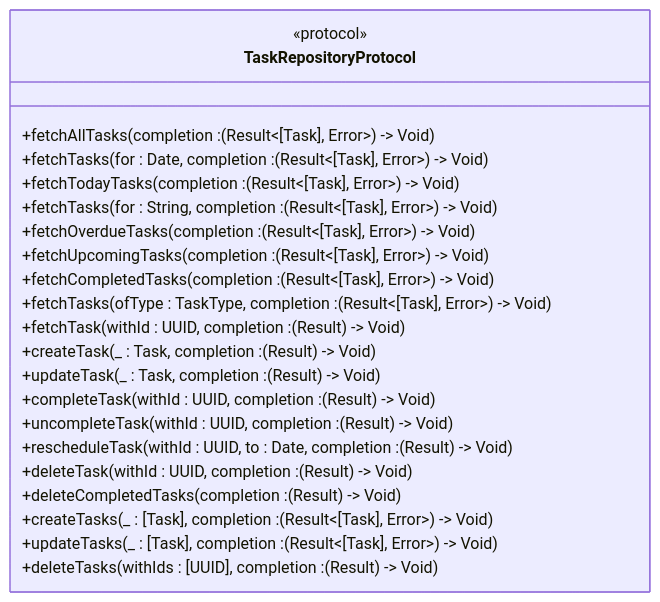
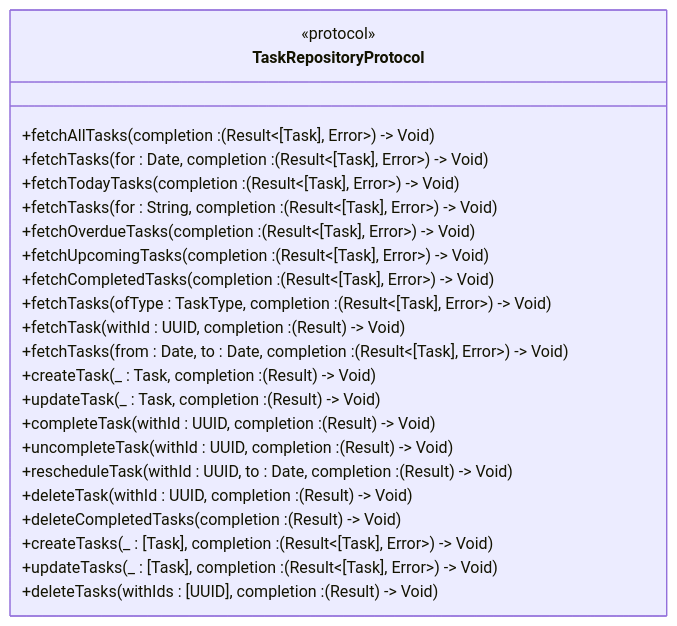
One commit to Saransh-Sharma/Tasker changed the second of 4 diagrams in .qoder/repowiki/en/content/Domain Layer.md. Above: the diagram before and after it, drawn with Mermaid. The commit also changed other lines of this file and 18 other files, not shown here.

````diff
--- a/.qoder/repowiki/en/content/Domain Layer.md
+++ b/.qoder/repowiki/en/content/Domain Layer.md
@@ -59,25 +77,26 @@
 ```mermaid
 classDiagram
 class TaskRepositoryProtocol {
 <<protocol>>
 +fetchAllTasks(completion : (Result<[Task], Error>) -> Void)
 +fetchTasks(for : Date, completion : (Result<[Task], Error>) -> Void)
 +fetchTodayTasks(completion : (Result<[Task], Error>) -> Void)
 +fetchTasks(for : String, completion : (Result<[Task], Error>) -> Void)
 +fetchOverdueTasks(completion : (Result<[Task], Error>) -> Void)
 +fetchUpcomingTasks(completion : (Result<[Task], Error>) -> Void)
 +fetchCompletedTasks(completion : (Result<[Task], Error>) -> Void)
 +fetchTasks(ofType : TaskType, completion : (Result<[Task], Error>) -> Void)
 +fetchTask(withId : UUID, completion : (Result<Task?, Error>) -> Void)
++fetchTasks(from : Date, to : Date, completion : (Result<[Task], Error>) -> Void)
 +createTask(_ : Task, completion : (Result<Task, Error>) -> Void)
 +updateTask(_ : Task, completion : (Result<Task, Error>) -> Void)
 +completeTask(withId : UUID, completion : (Result<Task, Error>) -> Void)
 +uncompleteTask(withId : UUID, completion : (Result<Task, Error>) -> Void)
 +rescheduleTask(withId : UUID, to : Date, completion : (Result<Task, Error>) -> Void)
 +deleteTask(withId : UUID, completion : (Result<Void, Error>) -> Void)
 +deleteCompletedTasks(completion : (Result<Void, Error>) -> Void)
 +createTasks(_ : [Task], completion : (Result<[Task], Error>) -> Void)
 +updateTasks(_ : [Task], completion : (Result<[Task], Error>) -> Void)
 +deleteTasks(withIds : [UUID], completion : (Result<Void, Error>) -> Void)
 }
 ```
````
